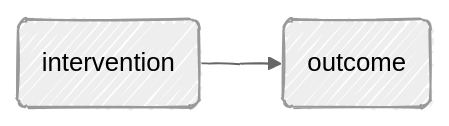
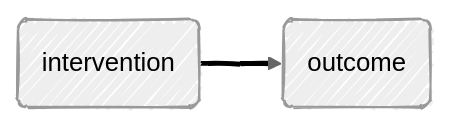
Before and after one commit to agrogan1/closeread: the first of 2 diagrams in multivariate/multivariate.md, drawn with Mermaid. The commit also changed other lines of this file, not shown here.

Commit message:
Add link styles to flowchart in multivariate.md

````diff
--- a/multivariate/multivariate.md
+++ b/multivariate/multivariate.md
@@ -11,12 +11,14 @@
 ```mermaid
 ---
 config:
   look: handDrawn
   theme: neutral
 ---
 
 flowchart LR
 
   intervention(intervention) --> outcome(outcome)
 
+  linkStyle 0 stroke:#000000,stroke-width:3px,font-size:36px,color:black;
+
 ```
````
